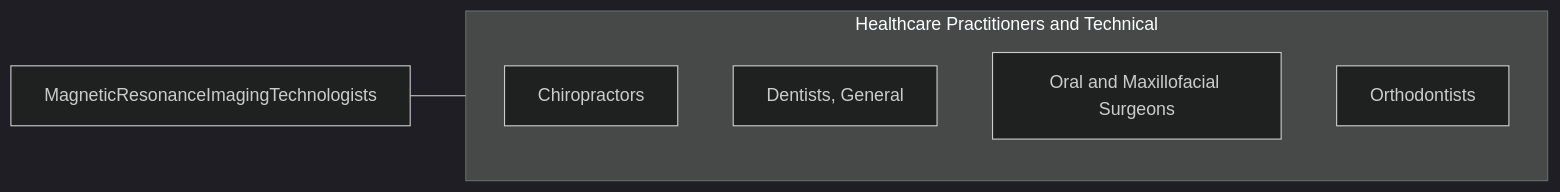
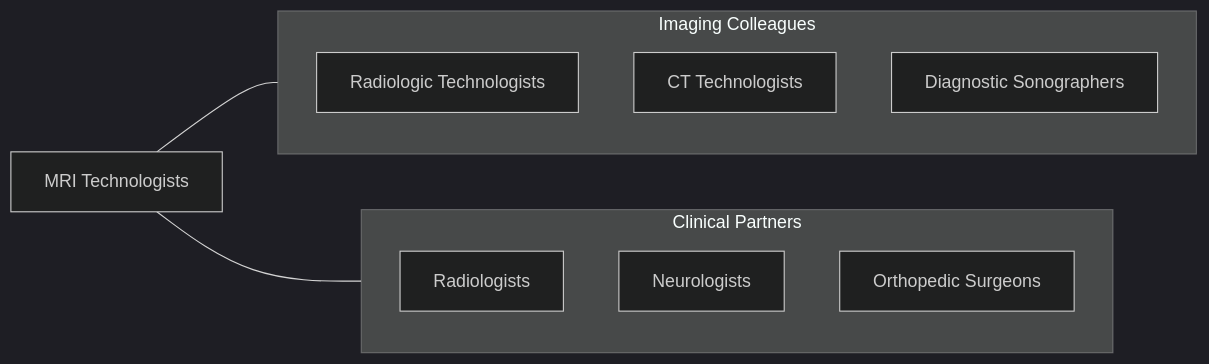
The fourth of 4 diagrams in occupations/HealthcarePractitioners/MagneticResonanceImagingTechnologists.mdx (kziemski/business.org.ai), drawn with Mermaid (dark theme) before and after one commit. The commit also changed other lines of this file and 938 other files, not shown here.

````diff
--- a/occupations/HealthcarePractitioners/MagneticResonanceImagingTechnologists.mdx
+++ b/occupations/HealthcarePractitioners/MagneticResonanceImagingTechnologists.mdx
@@ -103,13 +188,19 @@
 ```mermaid
 graph LR
-    Current["MagneticResonanceImagingTechnologists"]
+    Current["MRI Technologists"]
 
-    subgraph SameCategory["Healthcare Practitioners and Technical"]
-        Chiropractors["Chiropractors"]
-        DentistsGeneral["Dentists, General"]
-        OralAndMaxillofacial["Oral and Maxillofacial Surgeons"]
-        Orthodontists["Orthodontists"]
+    subgraph ImagingTeam["Imaging Colleagues"]
+        RadTechs["Radiologic Technologists"]
+        CTTechs["CT Technologists"]
+        Sonographers["Diagnostic Sonographers"]
     end
 
-    Current --- SameCategory
+    subgraph Clinical["Clinical Partners"]
+        Radiologists["Radiologists"]
+        Neurologists["Neurologists"]
+        Orthopedists["Orthopedic Surgeons"]
+    end
+
+    Current --- ImagingTeam
+    Current --- Clinical
 ```
````
